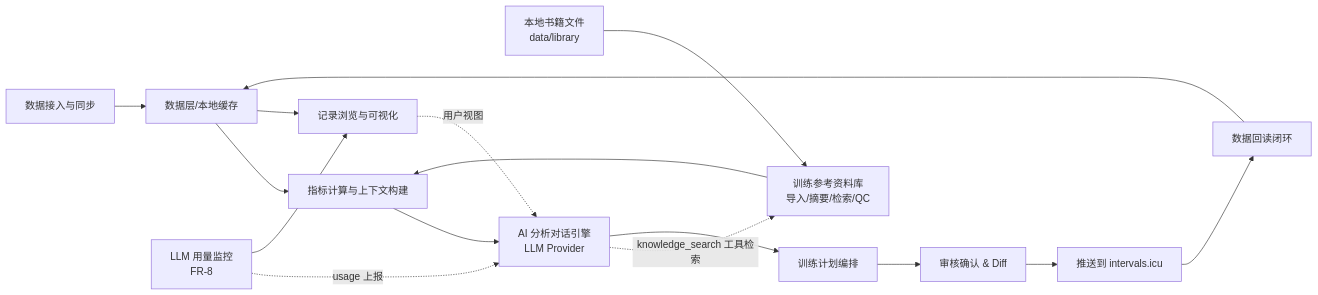
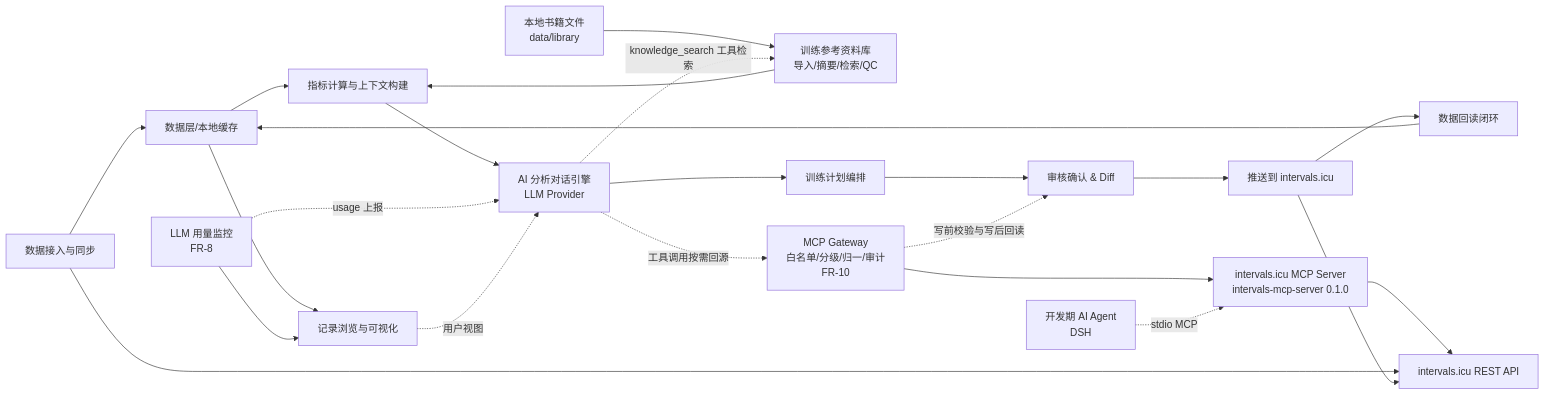
The first of 10 diagrams in 系统设计文档.md (laihongyu-demo/SystematicCyclingTrainingSystem), drawn with Mermaid before and after one commit. The commit also changed other lines of this file and 1 other file, not shown here.

First line of the commit message:
docs: 设计文档 v1.4 增补 intervals.icu MCP 适配, 进度表登记 CHG-013

````diff
--- a/系统设计文档.md
+++ b/系统设计文档.md
@@ -88,18 +121,25 @@
 ```mermaid
 flowchart LR
     A[数据接入与同步] --> B[数据层/本地缓存]
     B --> C[指标计算与上下文构建]
     K[训练参考资料库<br/>导入/摘要/检索/QC] --> C
     L[本地书籍文件<br/>data/library] --> K
     C --> D[AI 分析对话引擎<br/>LLM Provider]
     D -.knowledge_search 工具检索.-> K
     M[LLM 用量监控<br/>FR-8] -.usage 上报.-> D
     D --> E[训练计划编排]
     E --> F[审核确认 & Diff]
     F --> G[推送到 intervals.icu]
     G --> A2[数据回读闭环]
     A2 --> B
     B --> H[记录浏览与可视化]
     M --> H
     H -.用户视图.-> D
+    D -.工具调用按需回源.-> MG[MCP Gateway<br/>白名单/分级/归一/审计<br/>FR-10]
+    MG --> MS[intervals.icu MCP Server<br/>intervals-mcp-server 0.1.0]
+    MS --> ICU[intervals.icu REST API]
+    A --> ICU
+    G --> ICU
+    MG -.写前校验与写后回读.-> F
+    DEV[开发期 AI Agent<br/>DSH] -.stdio MCP.-> MS
 ```
````
